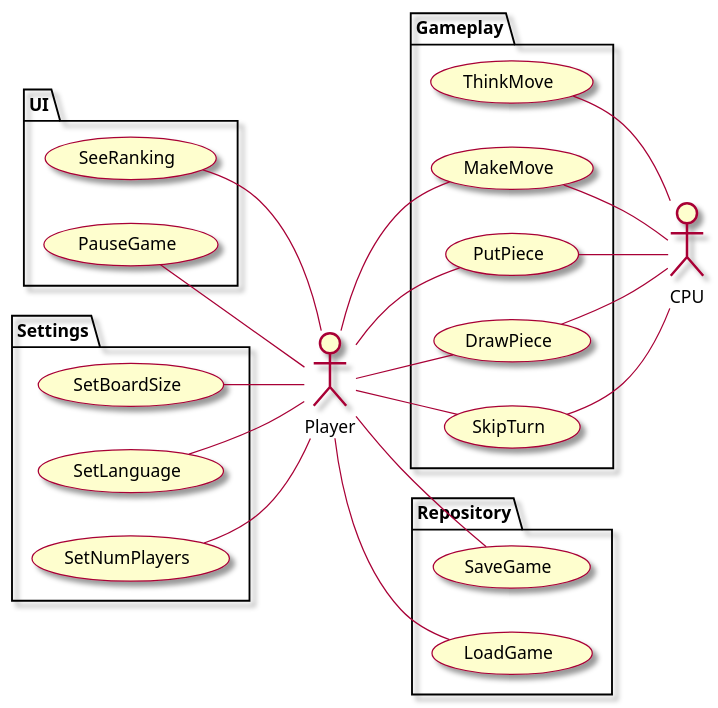
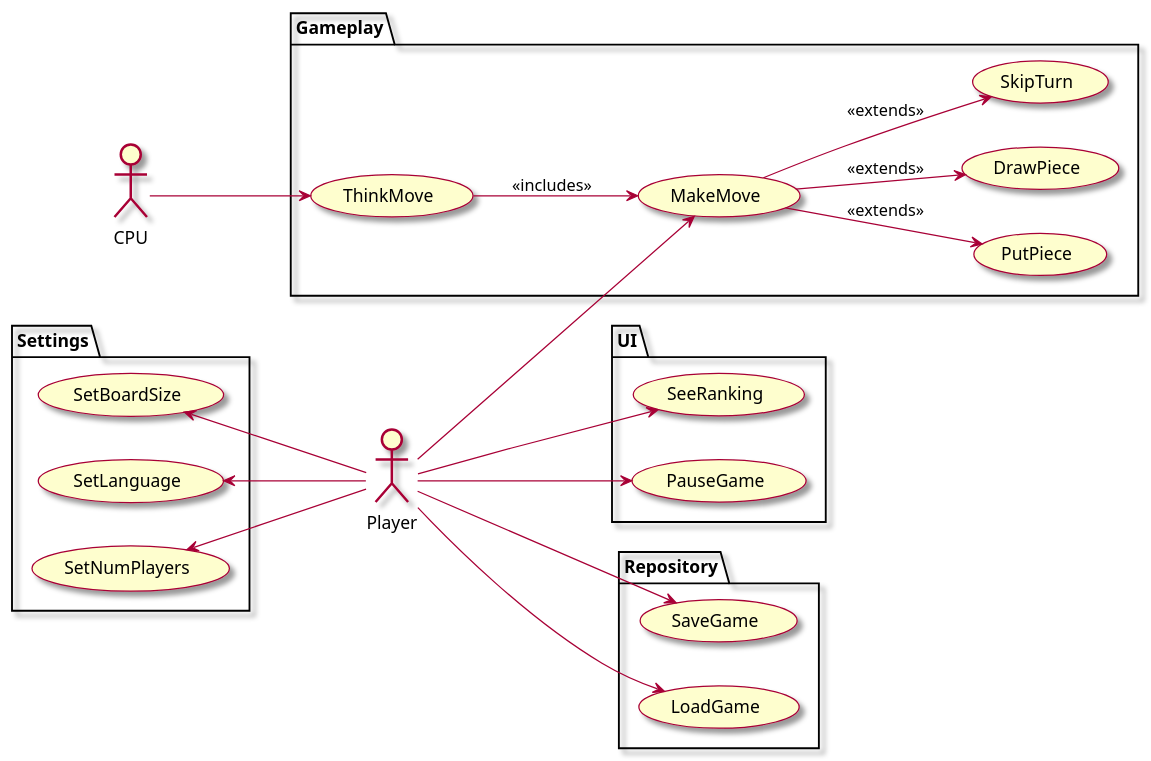
One commit to GerardGascon/prop-upc-QP2425 changed the diagram in DOC/diagrams/usecase/usecase.puml. Above: the diagram before and after it, drawn with PlantUML.

Commit message:
docs: updated usecase diagram

```diff
--- a/DOC/diagrams/usecase/usecase.puml
+++ b/DOC/diagrams/usecase/usecase.puml
@@ -1,53 +1,52 @@
 @startuml
 skin rose
 left to right direction
 
 package UI {
 	usecase SeeRanking
 	usecase PauseGame
 }
 
 package Settings {
 	usecase SetBoardSize
 	usecase SetLanguage
 	usecase SetNumPlayers
 }
 
 package Gameplay {
 	usecase ThinkMove
 	usecase MakeMove
 	usecase PutPiece
 	usecase DrawPiece
 	usecase SkipTurn
 }
 
 package Repository {
 	usecase SaveGame
 	usecase LoadGame
 }
 
 actor Player
 actor CPU
 
-SeeRanking -- Player
-PauseGame -- Player
+Player --> SeeRanking
+Player --> PauseGame
 
-SetBoardSize -- Player
-SetLanguage -- Player
-SetNumPlayers -- Player
+SetBoardSize <-- Player
+SetLanguage <-- Player
+SetNumPlayers <-- Player
 
-Player -- MakeMove
-Player -- PutPiece
-Player -- SkipTurn
-Player -- DrawPiece
+Player --> MakeMove
 
-PutPiece -- CPU
-MakeMove -- CPU
-SkipTurn -- CPU
-DrawPiece -- CPU
-ThinkMove -- CPU
+CPU --> ThinkMove
 
-Player -- SaveGame
-Player -- LoadGame
+MakeMove --> PutPiece: <<extends>>
+MakeMove --> DrawPiece: <<extends>>
+MakeMove --> SkipTurn: <<extends>>
+
+ThinkMove --> MakeMove: <<includes>>
+
+Player --> SaveGame
+Player --> LoadGame
 
 @enduml
```
